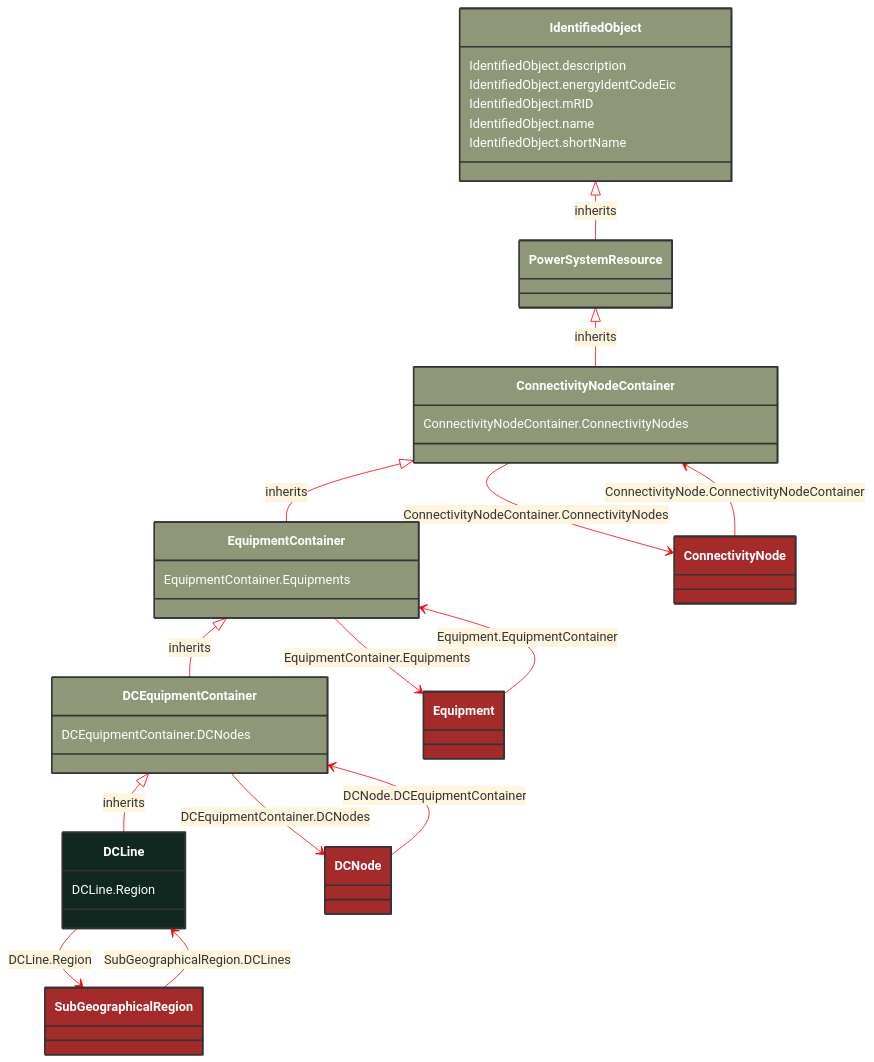
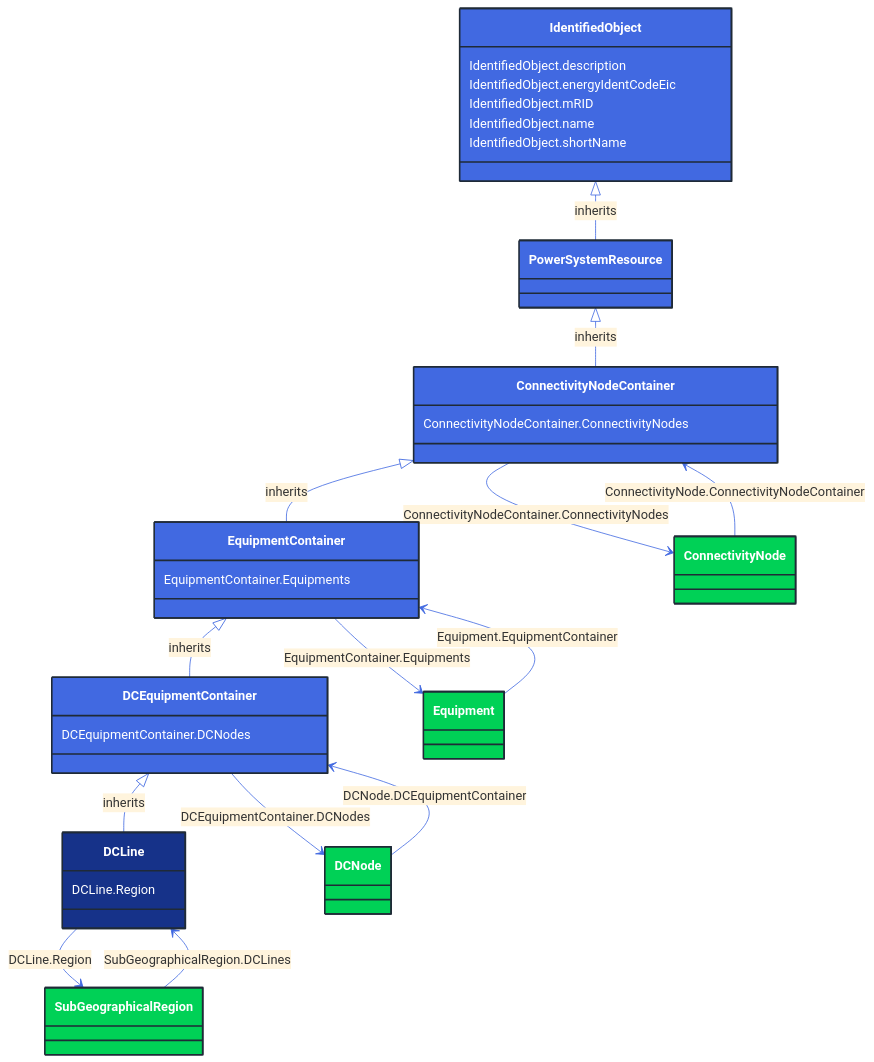
The diagram in docs/Models/Profiles/CoreEquipment/ConcreteClasses/DCLine.md (3lbits/NoCIMExtensions), drawn with Mermaid before and after one commit. The commit also changed 362 other files, not shown here.

First line of the commit message:
Update diagrams and styles for improved visual consistency

````diff
--- a/docs/Models/Profiles/CoreEquipment/ConcreteClasses/DCLine.md
+++ b/docs/Models/Profiles/CoreEquipment/ConcreteClasses/DCLine.md
@@ -8,74 +8,74 @@
 ```mermaid
-%%{init: {'theme':'base','themeVariables': {'lineColor': '#FF0000'}}}%%
+%%{init: {'theme':'base','themeVariables': {'lineColor': '#4169E1'}}}%%
 classDiagram
     class DCLine
     click DCLine href "/Models/Profiles/CoreEquipment/ConcreteClasses/DCLine/"
-    style DCLine fill:#102820,stroke:#333,stroke-width:2px,rx:10,ry:10,color:white
+    style DCLine fill:#163289,stroke:#1F2A37,stroke-width:2px,rx:10,ry:10,color:white
      
         DCEquipmentContainer <|-- DCLine : inherits
             click DCEquipmentContainer href "/Models/Profiles/CoreEquipment/AbstractClasses/DCEquipmentContainer/"
-            style DCEquipmentContainer fill:#8F9779,stroke:#333,stroke-width:2px,rx:10,ry:10,color:white
+            style DCEquipmentContainer fill:#4169E1,stroke:#1F2A37,stroke-width:2px,rx:10,ry:10,color:white
      
         EquipmentContainer <|-- DCEquipmentContainer : inherits
             click EquipmentContainer href "/Models/Profiles/CoreEquipment/AbstractClasses/EquipmentContainer/"
-            style EquipmentContainer fill:#8F9779,stroke:#333,stroke-width:2px,rx:10,ry:10,color:white
+            style EquipmentContainer fill:#4169E1,stroke:#1F2A37,stroke-width:2px,rx:10,ry:10,color:white
      
         ConnectivityNodeContainer <|-- EquipmentContainer : inherits
             click ConnectivityNodeContainer href "/Models/Profiles/CoreEquipment/AbstractClasses/ConnectivityNodeContainer/"
-            style ConnectivityNodeContainer fill:#8F9779,stroke:#333,stroke-width:2px,rx:10,ry:10,color:white
+            style ConnectivityNodeContainer fill:#4169E1,stroke:#1F2A37,stroke-width:2px,rx:10,ry:10,color:white
      
         PowerSystemResource <|-- ConnectivityNodeContainer : inherits
             click PowerSystemResource href "/Models/Profiles/CoreEquipment/AbstractClasses/PowerSystemResource/"
-            style PowerSystemResource fill:#8F9779,stroke:#333,stroke-width:2px,rx:10,ry:10,color:white
+            style PowerSystemResource fill:#4169E1,stroke:#1F2A37,stroke-width:2px,rx:10,ry:10,color:white
      
         IdentifiedObject <|-- PowerSystemResource : inherits
             click IdentifiedObject href "/Models/Profiles/CoreEquipment/AbstractClasses/IdentifiedObject/"
-            style IdentifiedObject fill:#8F9779,stroke:#333,stroke-width:2px,rx:10,ry:10,color:white
+            style IdentifiedObject fill:#4169E1,stroke:#1F2A37,stroke-width:2px,rx:10,ry:10,color:white
 
         DCLine --> SubGeographicalRegion : DCLine.Region
 
         SubGeographicalRegion
             click SubGeographicalRegion href "/Models/Profiles/CoreEquipment/ConcreteClasses/SubGeographicalRegion/"
-            style SubGeographicalRegion fill:#A52A2A,stroke:#333,stroke-width:2px,rx:10,ry:10,color:white
+            style SubGeographicalRegion fill:#00D156,stroke:#1F2A37,stroke-width:2px,rx:10,ry:10,color:white
         DCEquipmentContainer --> DCNode : DCEquipmentContainer.DCNodes
 
         DCNode
             click DCNode href "/Models/Profiles/CoreEquipment/ConcreteClasses/DCNode/"
-            style DCNode fill:#A52A2A,stroke:#333,stroke-width:2px,rx:10,ry:10,color:white
+            style DCNode fill:#00D156,stroke:#1F2A37,stroke-width:2px,rx:10,ry:10,color:white
         EquipmentContainer --> Equipment : EquipmentContainer.Equipments
 
         Equipment
             click Equipment href "/Models/Profiles/CoreEquipment/AbstractClasses/Equipment/"
-            style Equipment fill:#A52A2A,stroke:#333,stroke-width:2px,rx:10,ry:10,color:white
+            style Equipment fill:#00D156,stroke:#1F2A37,stroke-width:2px,rx:10,ry:10,color:white
         ConnectivityNodeContainer --> ConnectivityNode : ConnectivityNodeContainer.ConnectivityNodes
 
         ConnectivityNode
             click ConnectivityNode href "/Models/Profiles/CoreEquipment/AbstractClasses/ConnectivityNode/"
-            style ConnectivityNode fill:#A52A2A,stroke:#333,stroke-width:2px,rx:10,ry:10,color:white
+            style ConnectivityNode fill:#00D156,stroke:#1F2A37,stroke-width:2px,rx:10,ry:10,color:white
 
         ConnectivityNode --> ConnectivityNodeContainer : ConnectivityNode.ConnectivityNodeContainer
 
         ConnectivityNode
             click ConnectivityNode href "/Models/Profiles/CoreEquipment/AbstractClasses/ConnectivityNode/"
-            style ConnectivityNode fill:#A52A2A,stroke:#333,stroke-width:2px,rx:10,ry:10,color:white
+            style ConnectivityNode fill:#00D156,stroke:#1F2A37,stroke-width:2px,rx:10,ry:10,color:white
 
         DCNode --> DCEquipmentContainer : DCNode.DCEquipmentContainer
 
         DCNode
             click DCNode href "/Models/Profiles/CoreEquipment/ConcreteClasses/DCNode/"
-            style DCNode fill:#A52A2A,stroke:#333,stroke-width:2px,rx:10,ry:10,color:white
+            style DCNode fill:#00D156,stroke:#1F2A37,stroke-width:2px,rx:10,ry:10,color:white
 
         Equipment --> EquipmentContainer : Equipment.EquipmentContainer
 
         Equipment
             click Equipment href "/Models/Profiles/CoreEquipment/AbstractClasses/Equipment/"
-            style Equipment fill:#A52A2A,stroke:#333,stroke-width:2px,rx:10,ry:10,color:white
+            style Equipment fill:#00D156,stroke:#1F2A37,stroke-width:2px,rx:10,ry:10,color:white
 
         SubGeographicalRegion --> DCLine : SubGeographicalRegion.DCLines
 
         SubGeographicalRegion
             click SubGeographicalRegion href "/Models/Profiles/CoreEquipment/ConcreteClasses/SubGeographicalRegion/"
-            style SubGeographicalRegion fill:#A52A2A,stroke:#333,stroke-width:2px,rx:10,ry:10,color:white
+            style SubGeographicalRegion fill:#00D156,stroke:#1F2A37,stroke-width:2px,rx:10,ry:10,color:white
 
 
         DCLine : DCLine.Region
````
